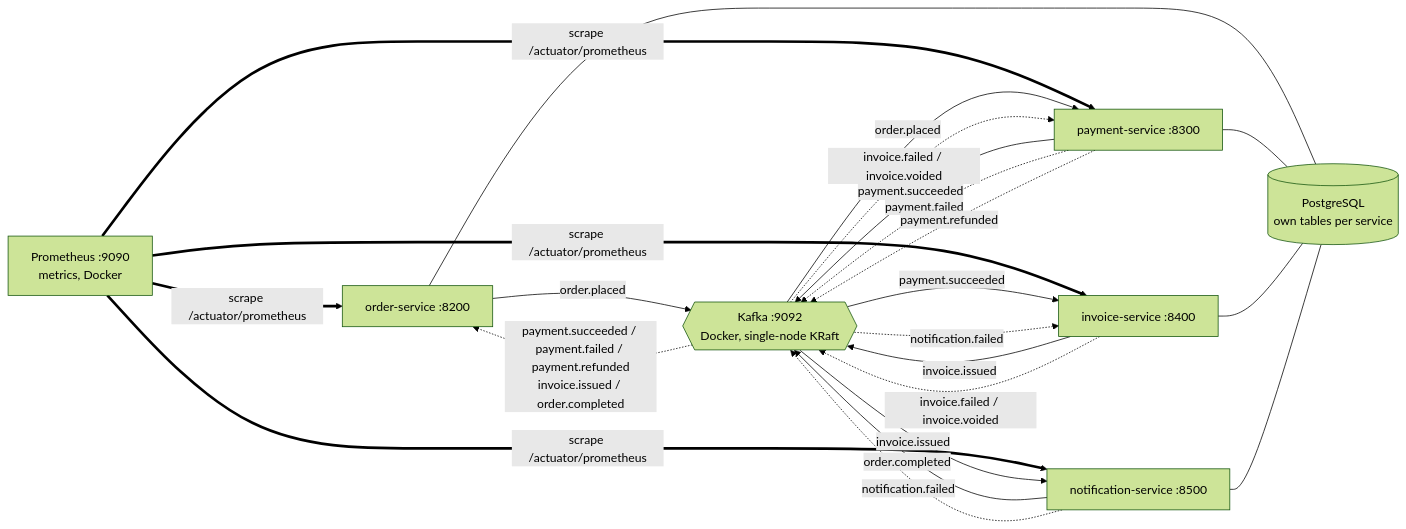
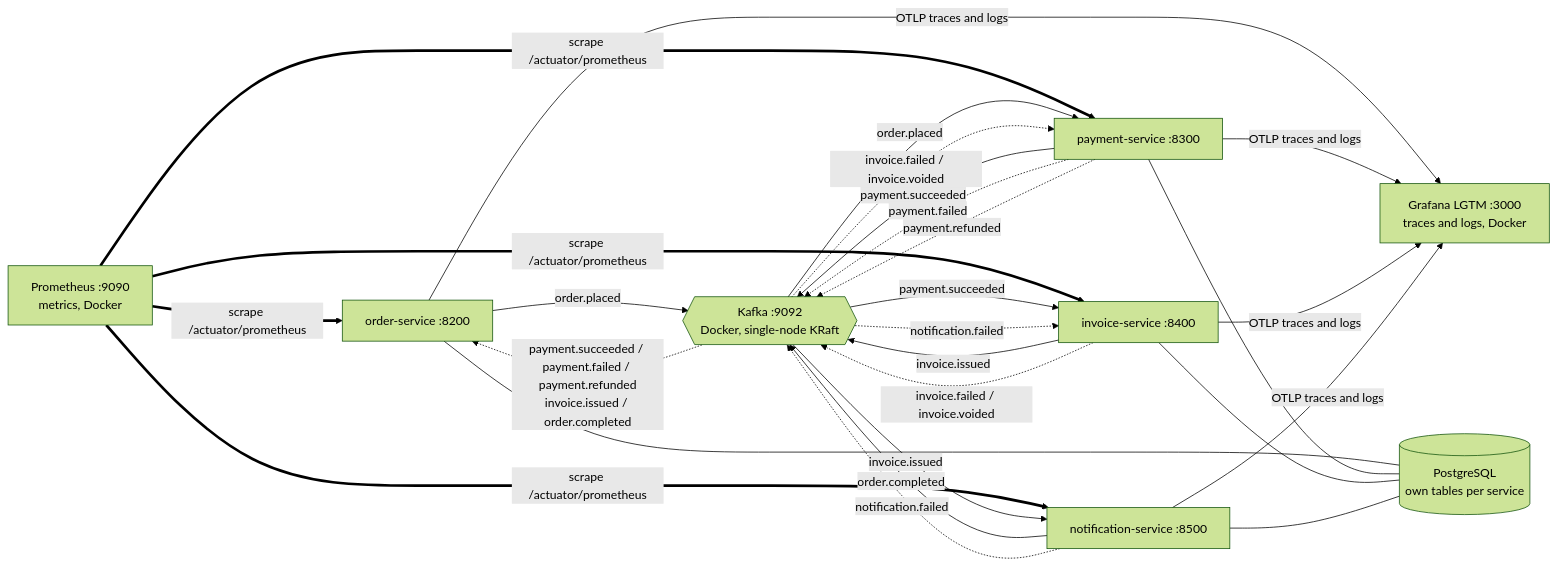
One commit to TareqAlhashash/microservices changed the third of 4 diagrams in README.md. Above: the diagram before and after it, drawn with Mermaid (forest theme). The commit also changed other lines of this file and 6 other files, not shown here.

First line of the commit message:
Document the monitoring architecture and update the AWS diagram

````diff
--- a/README.md
+++ b/README.md
@@ -74,35 +89,37 @@
 ```mermaid
 graph LR
     OrderSvc["order-service :8200"]
     PaymentSvc["payment-service :8300"]
     InvoiceSvc["invoice-service :8400"]
     NotifSvc["notification-service :8500"]
     Kafka{{"Kafka :9092<br/>Docker, single-node KRaft"}}
     DB[(PostgreSQL<br/>own tables per service)]
     Prom["Prometheus :9090<br/>metrics, Docker"]
+    LGTM["Grafana LGTM :3000<br/>traces and logs, Docker"]
 
+    OrderSvc & PaymentSvc & InvoiceSvc & NotifSvc -->|OTLP traces and logs| LGTM
     Prom ==>|scrape /actuator/prometheus| OrderSvc
     Prom ==>|scrape /actuator/prometheus| PaymentSvc
     Prom ==>|scrape /actuator/prometheus| InvoiceSvc
     Prom ==>|scrape /actuator/prometheus| NotifSvc
 
     OrderSvc -->|order.placed| Kafka
     Kafka -->|order.placed| PaymentSvc
     PaymentSvc -->|payment.succeeded| Kafka
     PaymentSvc -.->|payment.failed| Kafka
     Kafka -->|payment.succeeded| InvoiceSvc
     Kafka -.->|payment.succeeded / payment.failed / payment.refunded<br/>invoice.issued / order.completed| OrderSvc
     InvoiceSvc -->|invoice.issued| Kafka
     Kafka -->|invoice.issued| NotifSvc
     NotifSvc -->|order.completed| Kafka
     InvoiceSvc -.->|invoice.failed / invoice.voided| Kafka
     NotifSvc -.->|notification.failed| Kafka
     Kafka -.->|notification.failed| InvoiceSvc
     Kafka -.->|invoice.failed / invoice.voided| PaymentSvc
     PaymentSvc -.->|payment.refunded| Kafka
 
     OrderSvc --- DB
     PaymentSvc --- DB
     InvoiceSvc --- DB
     NotifSvc --- DB
 ```
````
